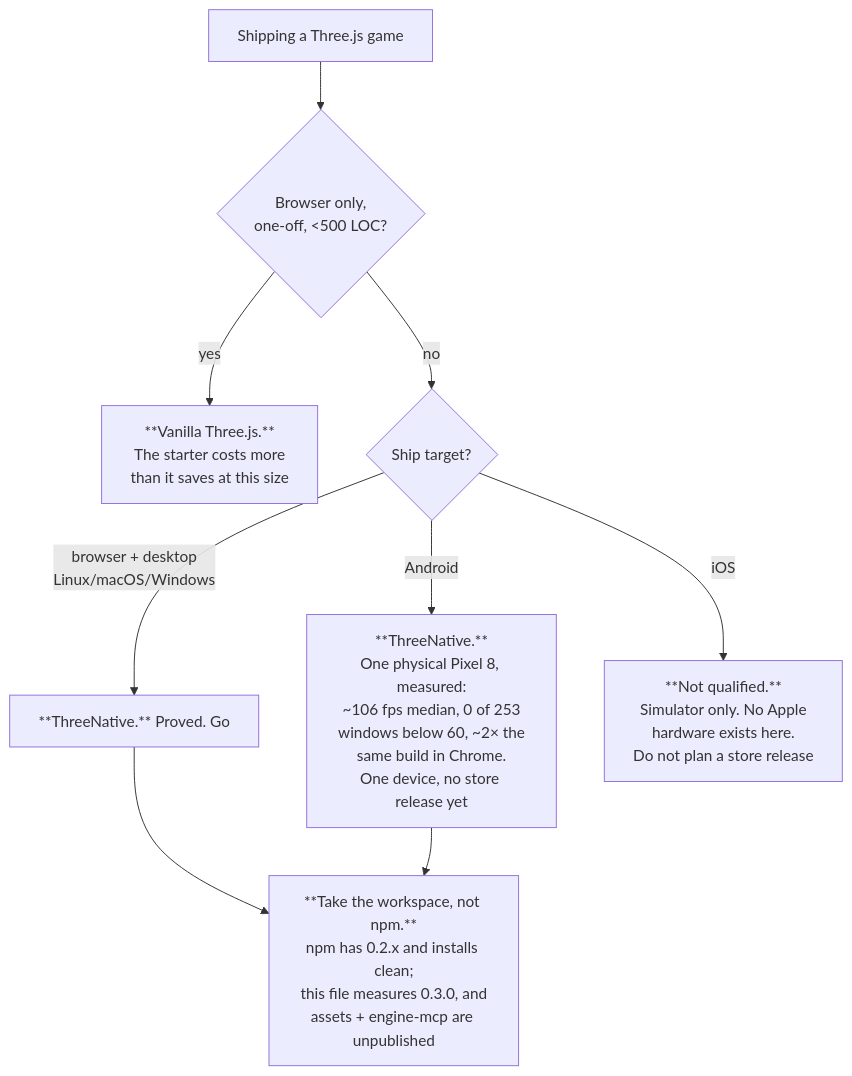
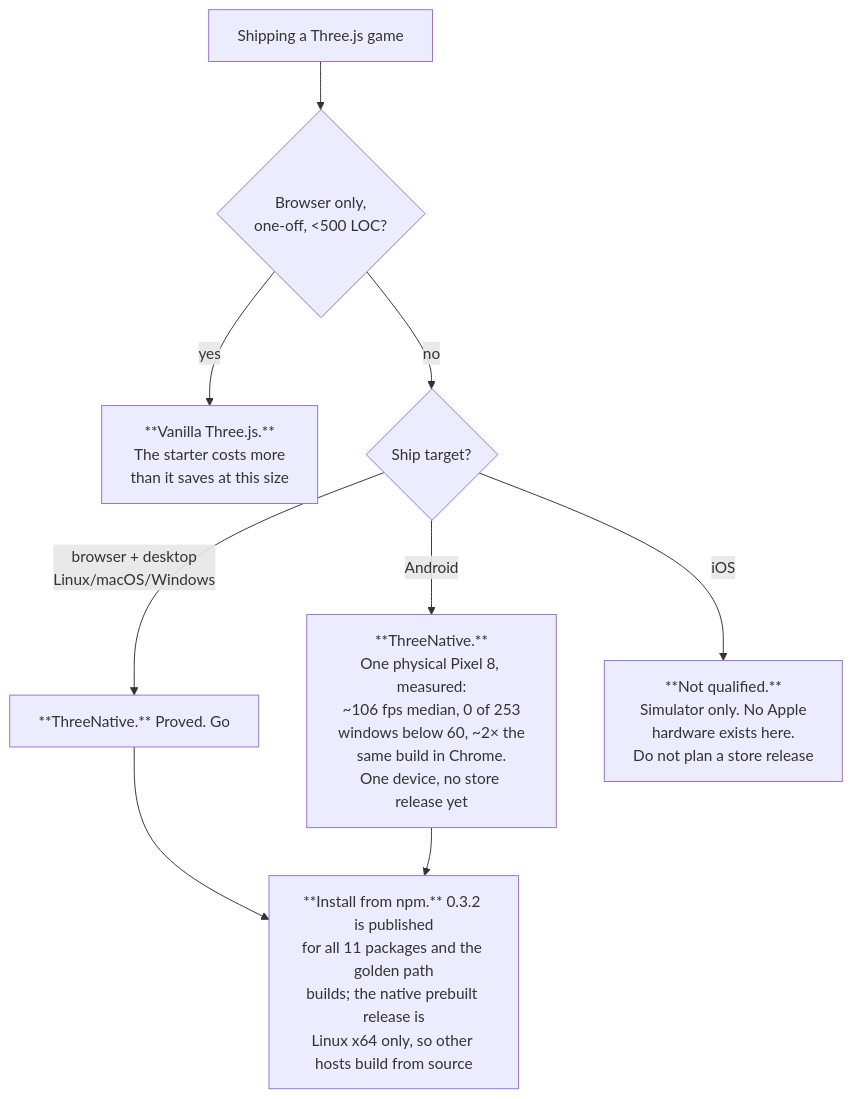
Before and after one commit to ThreeNativeHQ/threenative: the diagram in docs/strategy/VALUE-PROPOSITION.md, drawn with Mermaid. The commit also changed other lines of this file, not shown here.

````diff
--- a/docs/strategy/VALUE-PROPOSITION.md
+++ b/docs/strategy/VALUE-PROPOSITION.md
@@ -67,12 +76,12 @@
 ```mermaid
 flowchart TD
     start["Shipping a Three.js game"] --> size{"Browser only,<br/>one-off, &lt;500 LOC?"}
     size -->|yes| vanilla["**Vanilla Three.js.**<br/>The starter costs more<br/>than it saves at this size"]
     size -->|no| plat{"Ship target?"}
     plat -->|browser + desktop<br/>Linux/macOS/Windows| ok["**ThreeNative.** Proved. Go"]
     plat -->|Android| android["**ThreeNative.**<br/>One physical Pixel 8, measured:<br/>~106 fps median, 0 of 253<br/>windows below 60, ~2× the<br/>same build in Chrome.<br/>One device, no store release yet"]
     plat -->|iOS| caution["**Not qualified.**<br/>Simulator only. No Apple<br/>hardware exists here.<br/>Do not plan a store release"]
     ok --> src
     android --> src
-    src["**Take the workspace, not npm.**<br/>npm has 0.2.x and installs clean;<br/>this file measures 0.3.0, and<br/>assets + engine-mcp are unpublished"]
+    src["**Install from npm.** 0.3.2 is published<br/>for all 11 packages and the golden path<br/>builds; the native prebuilt release is<br/>Linux x64 only, so other hosts build from source"]
 ```
````
